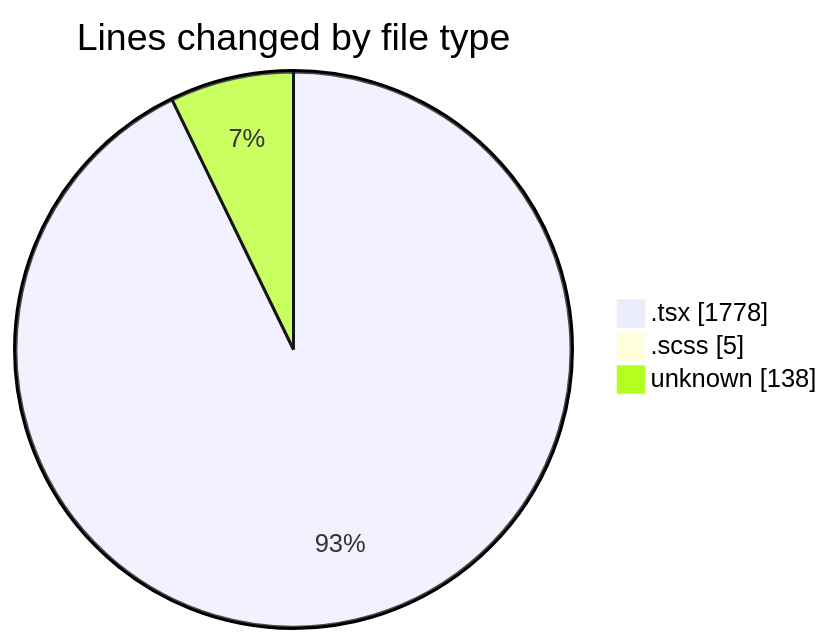
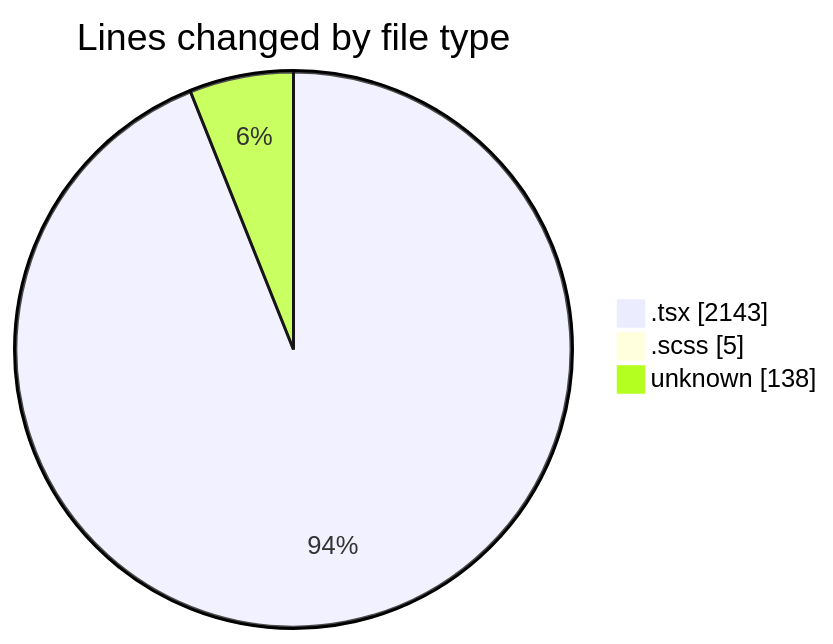
The first of 2 diagrams in 2026-10-13/cda/README.md (momahboobian/code-tracking), drawn with Mermaid before and after one commit. The commit also changed other lines of this file and 1 other file, not shown here.

````diff
--- a/2026-10-13/cda/README.md
+++ b/2026-10-13/cda/README.md
@@ -33,7 +34,7 @@
 ```mermaid
 pie showData
 title Lines changed by file type
-".tsx" : 1778
+".tsx" : 2143
 ".scss" : 5
 "unknown" : 138
 ```
````
